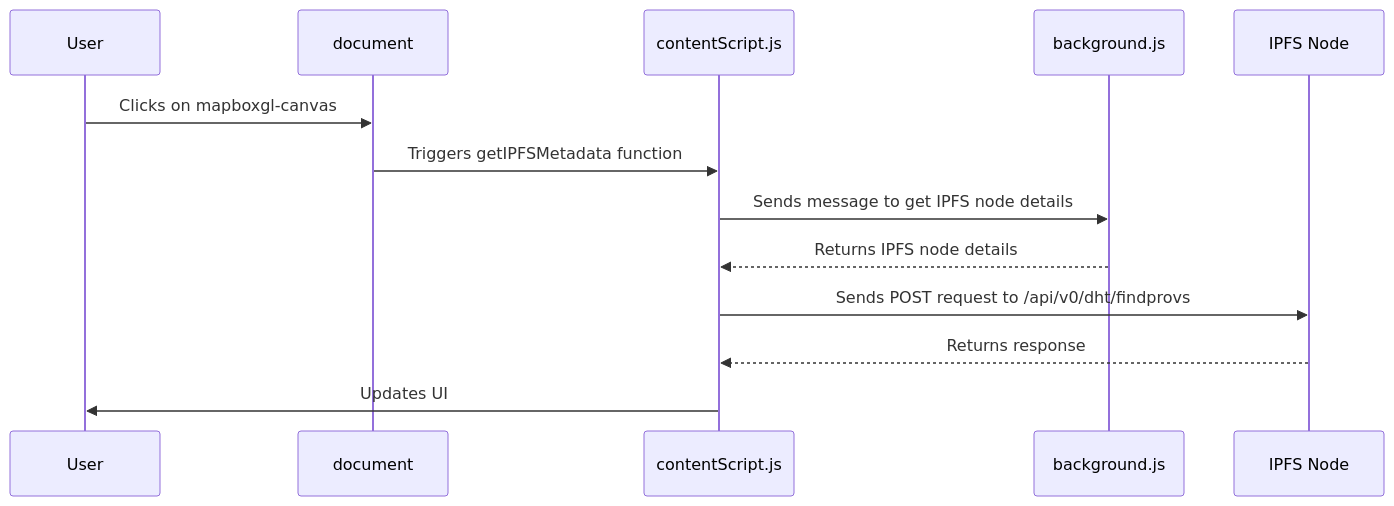
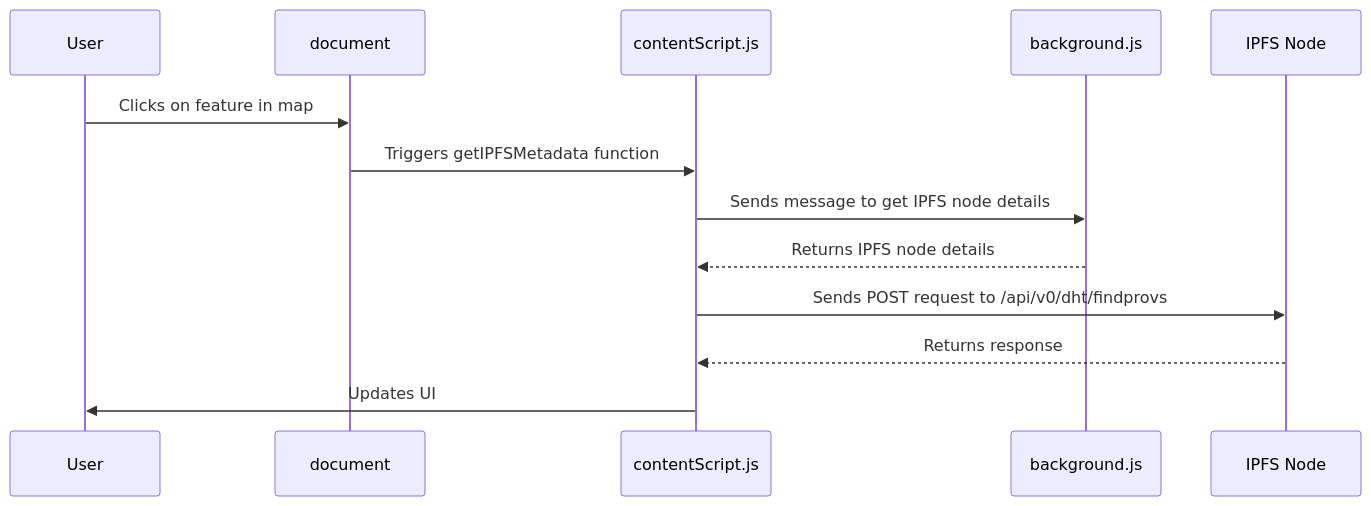
One commit to easierdata/web3-geo-extension changed the seventh of 13 diagrams in docs/diagram.md. Above: the diagram before and after it, drawn with Mermaid. The commit also changed other lines of this file, not shown here.

Commit message:
Updated diagram with more details on the events in script.js

````diff
--- a/docs/diagram.md
+++ b/docs/diagram.md
@@ -175,15 +175,15 @@
 ```mermaid
 sequenceDiagram
     participant User
     participant Document as document
     participant ContentScript as contentScript.js
     participant BackgroundScript as background.js
     participant IPFS as IPFS Node
-    User->>Document: Clicks on mapboxgl-canvas
+    User->>Document: Clicks on feature in map
     Document->>ContentScript: Triggers getIPFSMetadata function
     ContentScript->>BackgroundScript: Sends message to get IPFS node details
     BackgroundScript-->>ContentScript: Returns IPFS node details
     ContentScript->>IPFS: Sends POST request to /api/v0/dht/findprovs
     IPFS-->>ContentScript: Returns response
     ContentScript->>User: Updates UI
 ```
````
